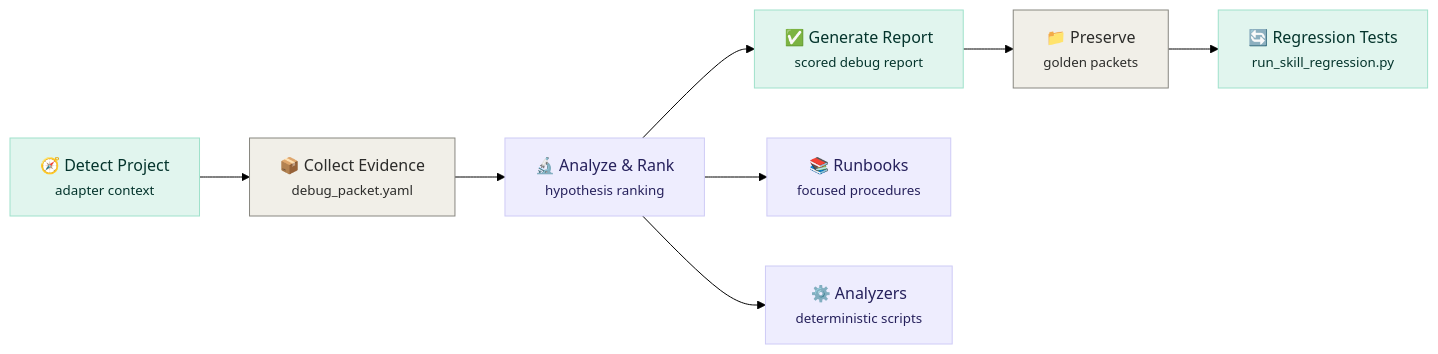
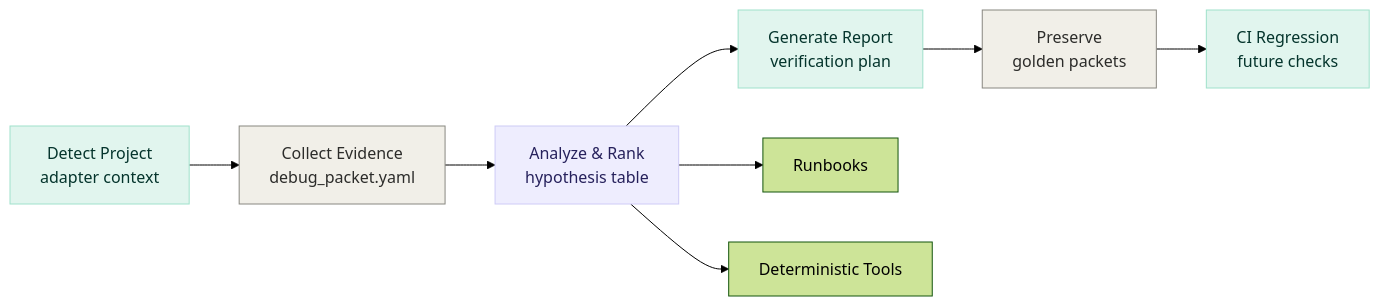
The diagram in README.md (shark0304/personal-embeded-debug-skill), drawn with Mermaid (forest theme) before and after one commit. The commit also changed other lines of this file and 2 other files, not shown here.

````diff
--- a/README.md
+++ b/README.md
@@ -146,21 +111,18 @@
 ```mermaid
 flowchart LR
-    P["🧭 Detect Project<br/><small>adapter context</small>"] --> A["📦 Collect Evidence<br/><small>debug_packet.yaml</small>"]
-    A --> B["🔬 Analyze & Rank<br/><small>hypothesis ranking</small>"]
-    B --> C["✅ Generate Report<br/><small>scored debug report</small>"]
-    C --> D["📁 Preserve<br/><small>golden packets</small>"]
-    
-    B --> E["📚 Runbooks<br/><small>focused procedures</small>"]
-    B --> F["⚙️ Analyzers<br/><small>deterministic scripts</small>"]
-    
-    D --> G["🔄 Regression Tests<br/><small>run_skill_regression.py</small>"]
-    
+    P["Detect Project<br/>adapter context"] --> A["Collect Evidence<br/>debug_packet.yaml"]
+    A --> B["Analyze & Rank<br/>hypothesis table"]
+    B --> C["Generate Report<br/>verification plan"]
+    C --> D["Preserve<br/>golden packets"]
+    D --> E["CI Regression<br/>future checks"]
+
+    B --> R["Runbooks"]
+    B --> T["Deterministic Tools"]
+
     style P fill:#E1F5EE,stroke:#9FE1CB,color:#04342C
     style A fill:#f1efe8,stroke:#888780,color:#2C2C2A
     style B fill:#EEEDFE,stroke:#CECBF6,color:#26215C
     style C fill:#E1F5EE,stroke:#9FE1CB,color:#04342C
     style D fill:#f1efe8,stroke:#888780,color:#2C2C2A
-    style E fill:#EEEDFE,stroke:#CECBF6,color:#26215C
-    style F fill:#EEEDFE,stroke:#CECBF6,color:#26215C
-    style G fill:#E1F5EE,stroke:#9FE1CB,color:#04342C
+    style E fill:#E1F5EE,stroke:#9FE1CB,color:#04342C
 ```
````
